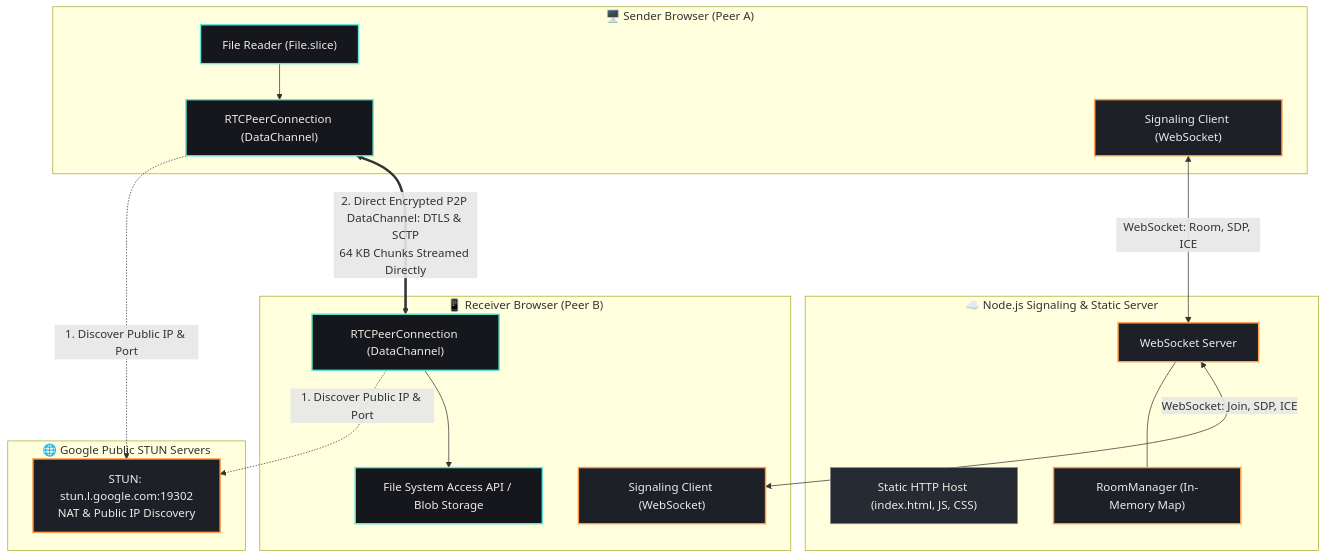
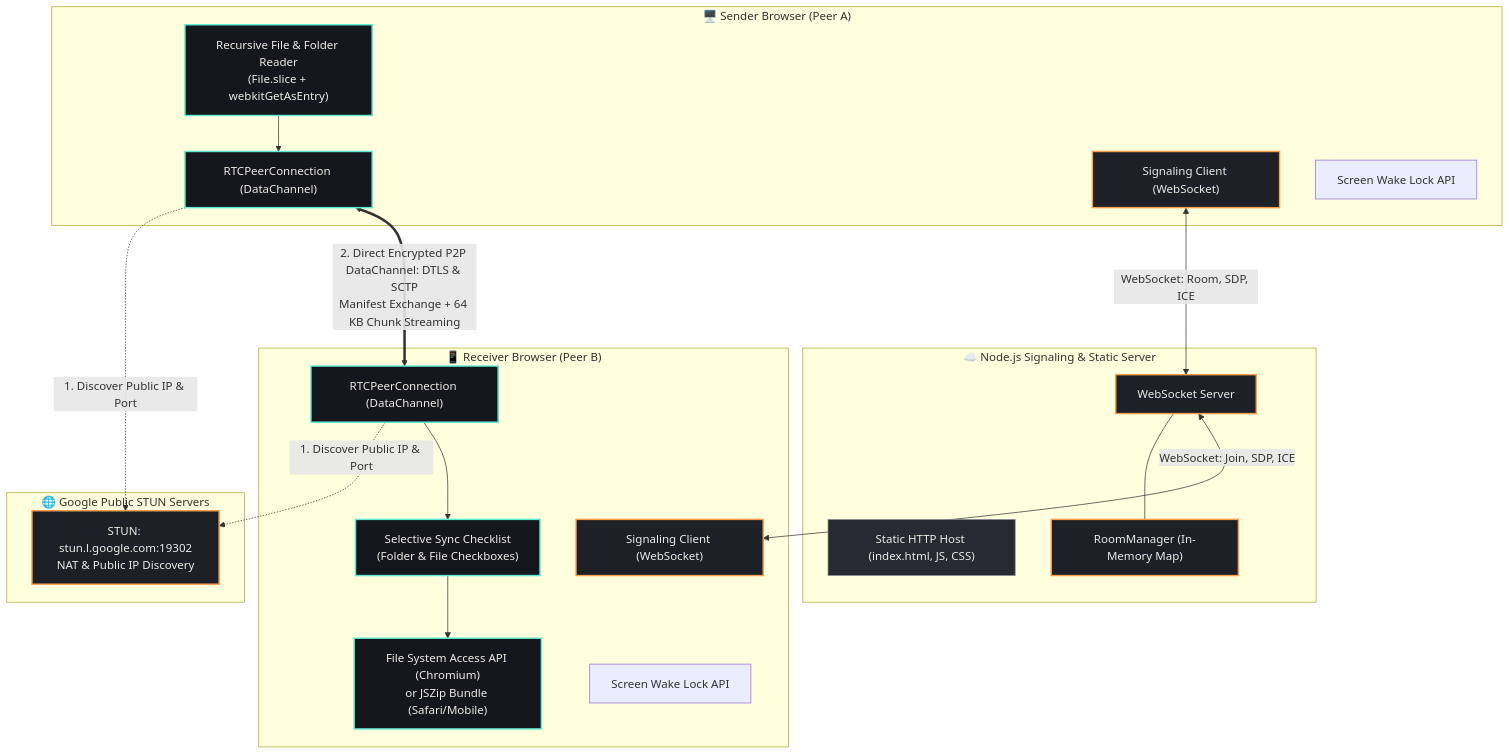
Before and after one commit to Manthan29-code/webRTC_relay: the first of 2 diagrams in README.md, drawn with Mermaid. The commit also changed other lines of this file and 13 other files, not shown here.

Commit message:
feat: add multi-file and nested folder transfer support with selective sync

````diff
--- a/README.md
+++ b/README.md
@@ -39,48 +44,52 @@
 ```mermaid
 graph TB
     subgraph SENDER["🖥️ Sender Browser (Peer A)"]
-        FileSelect["File Reader (File.slice)"]
+        FileSelect["Recursive File & Folder Reader<br/>(File.slice + webkitGetAsEntry)"]
         RTC_A["RTCPeerConnection (DataChannel)"]
         Signaling_A["Signaling Client (WebSocket)"]
+        WakeLock_A["Screen Wake Lock API"]
     end
 
     subgraph SERVER["☁️ Node.js Signaling & Static Server"]
         HTTP["Static HTTP Host (index.html, JS, CSS)"]
         WSS["WebSocket Server"]
         RoomMgr["RoomManager (In-Memory Map)"]
         WSS --- RoomMgr
     end
 
     subgraph STUN["🌐 Google Public STUN Servers"]
         StunSrv["STUN: stun.l.google.com:19302<br/>NAT & Public IP Discovery"]
     end
 
     subgraph RECEIVER["📱 Receiver Browser (Peer B)"]
         Signaling_B["Signaling Client (WebSocket)"]
         RTC_B["RTCPeerConnection (DataChannel)"]
-        DiskWriter["File System Access API / Blob Storage"]
+        FileTree["Selective Sync Checklist<br/>(Folder & File Checkboxes)"]
+        DiskWriter["File System Access API (Chromium)<br/>or JSZip Bundle (Safari/Mobile)"]
+        WakeLock_B["Screen Wake Lock API"]
     end
 
     %% Signaling flow
     Signaling_A <-->|WebSocket: Room, SDP, ICE| WSS
     WSS <-->|WebSocket: Join, SDP, ICE| Signaling_B
 
     %% STUN flow
     RTC_A -.->|1. Discover Public IP & Port| StunSrv
     RTC_B -.->|1. Discover Public IP & Port| StunSrv
 
     %% Direct P2P flow
-    RTC_A <==>|2. Direct Encrypted P2P DataChannel: DTLS & SCTP<br/>64 KB Chunks Streamed Directly| RTC_B
+    RTC_A <==>|2. Direct Encrypted P2P DataChannel: DTLS & SCTP<br/>Manifest Exchange + 64 KB Chunk Streaming| RTC_B
 
     %% Internal module links
     FileSelect --> RTC_A
-    RTC_B --> DiskWriter
+    RTC_B --> FileTree
+    FileTree --> DiskWriter
 
     classDef control fill:#1d2027,stroke:#ff9d4d,stroke-width:2px,color:#eceae4;
     classDef data fill:#15171c,stroke:#5eead4,stroke-width:2px,color:#eceae4;
     classDef server fill:#262a33,stroke:#8b8f99,stroke-width:1px,color:#eceae4;
 
     class Signaling_A,Signaling_B,WSS,RoomMgr,StunSrv control;
-    class FileSelect,RTC_A,RTC_B,DiskWriter data;
+    class FileSelect,RTC_A,RTC_B,DiskWriter,FileTree data;
     class HTTP server;
 ```
````
